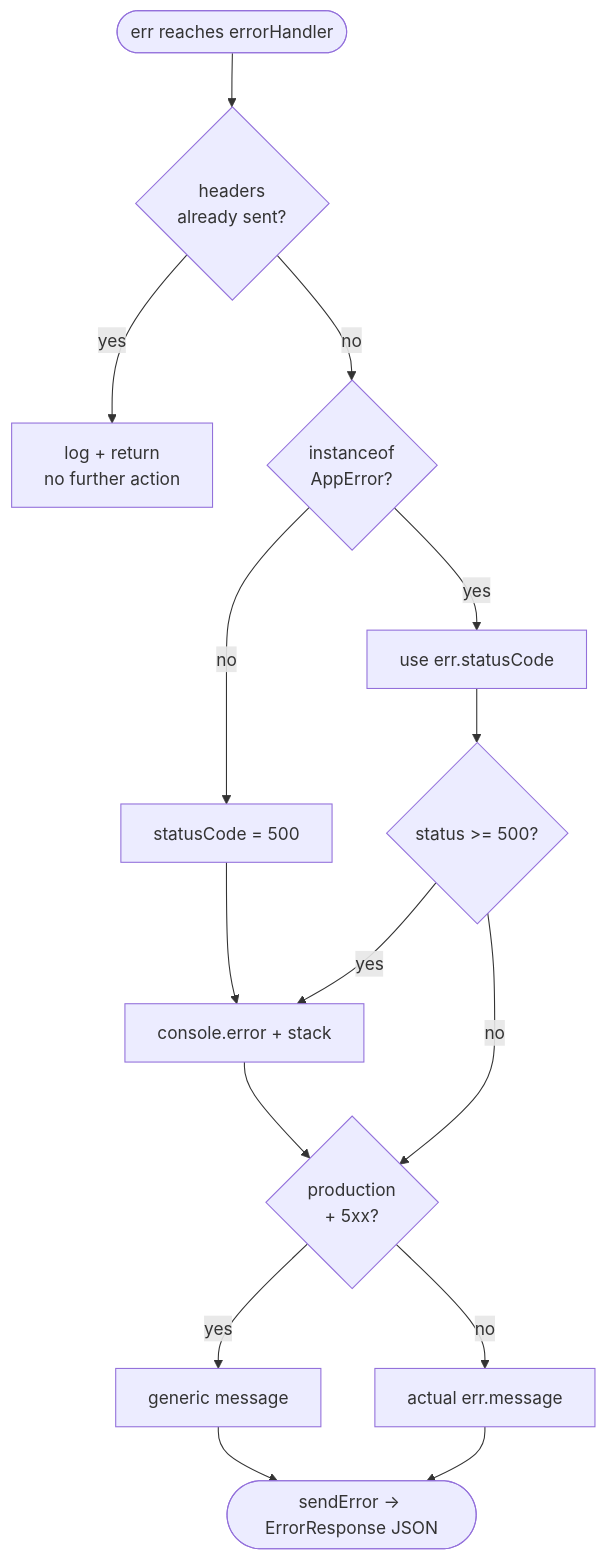
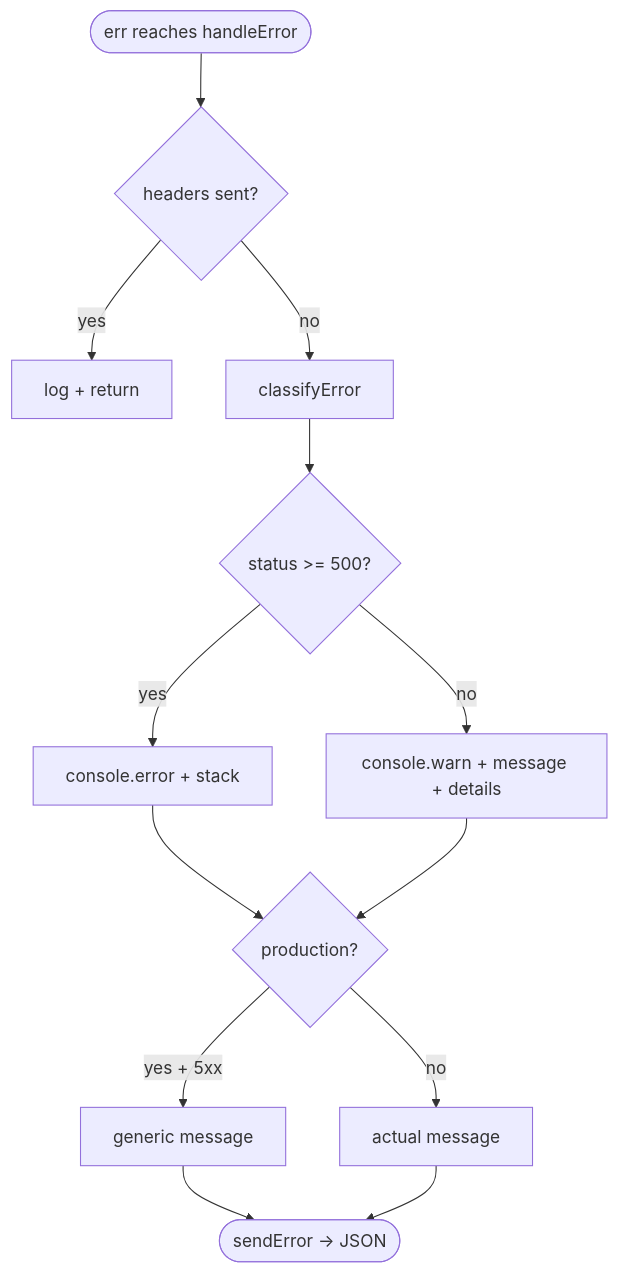
The first of 2 diagrams in backend/docs/errors.md (shin0bi21/program-management-app), drawn with Mermaid before and after one commit. The commit also changed other lines of this file and 19 other files, not shown here.

First line of the commit message:
feat: staff invite flow, permission fix, error handling cleanup

````diff
--- a/backend/docs/errors.md
+++ b/backend/docs/errors.md
@@ -117,17 +89,15 @@
 ```mermaid
 flowchart TD
-    E([err reaches errorHandler]) --> HS{headers\nalready sent?}
-    HS -->|yes| FW[log + return\nno further action]
-    HS -->|no| AE{instanceof\nAppError?}
-    AE -->|yes| SC[use err.statusCode]
-    AE -->|no| S500[statusCode = 500]
-    SC --> SEV{status >= 500?}
-    S500 --> LOG[console.error + stack]
-    LOG --> PROD
-    SEV -->|yes| LOG
-    SEV -->|no| PROD{production\n+ 5xx?}
-    PROD -->|yes| GEN[generic message]
-    PROD -->|no| ACT[actual err.message]
-    GEN --> RES([sendError → ErrorResponse JSON])
+    E([err reaches handleError]) --> HS{headers sent?}
+    HS -->|yes| FW[log + return]
+    HS -->|no| CL[classifyError]
+    CL --> SEV{status >= 500?}
+    SEV -->|yes| LOG[console.error + stack]
+    SEV -->|no| WARN[console.warn + message + details]
+    LOG --> PROD{production?}
+    WARN --> PROD
+    PROD -->|yes + 5xx| GEN[generic message]
+    PROD -->|no| ACT[actual message]
+    GEN --> RES([sendError → JSON])
     ACT --> RES
 ```
````
